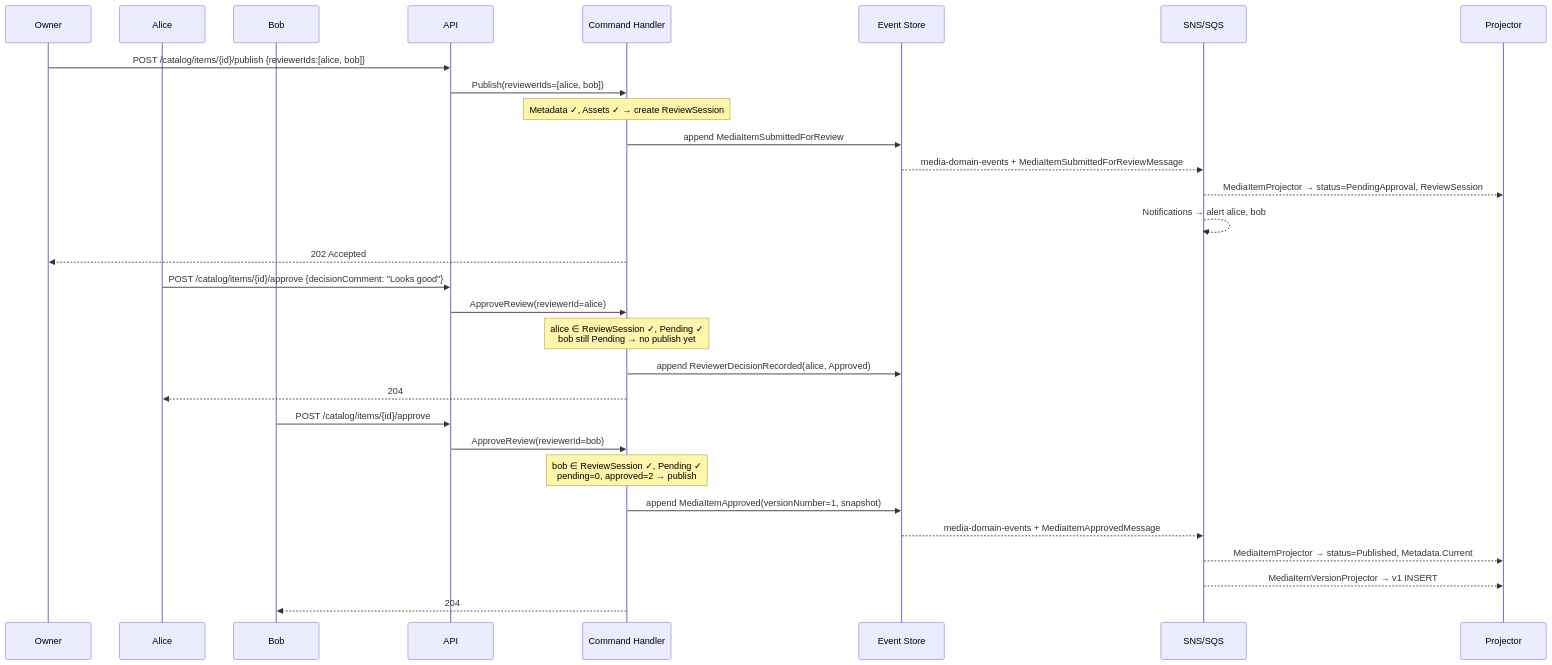
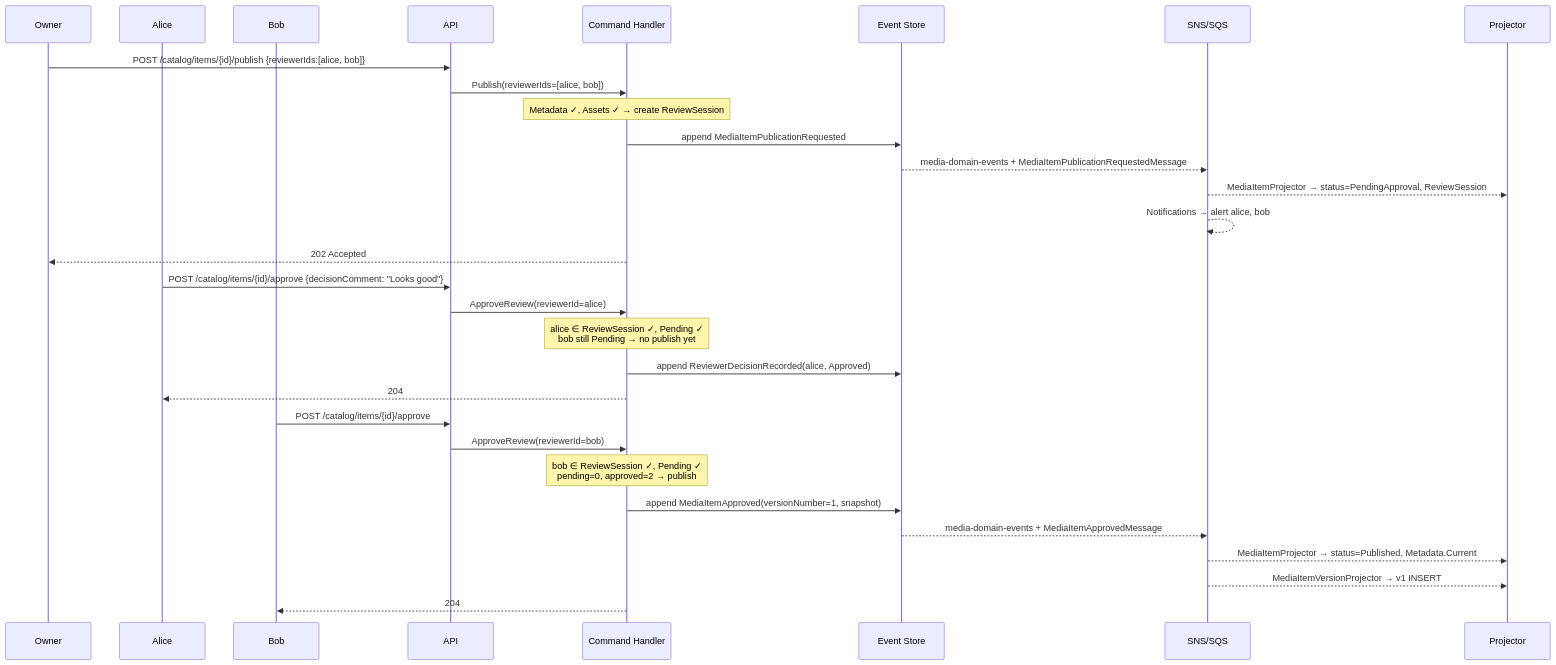
The second of 5 diagrams in projects/magiq-media/spec/contexts/Catalog/aggregates/MediaItem/mediaitem.scenarios.md (cramone/ais-os), drawn with Mermaid before and after one commit. The commit also changed other lines of this file and 40 other files, not shown here.

````diff
--- a/projects/magiq-media/spec/contexts/Catalog/aggregates/MediaItem/mediaitem.scenarios.md
+++ b/projects/magiq-media/spec/contexts/Catalog/aggregates/MediaItem/mediaitem.scenarios.md
@@ -124,35 +124,35 @@
 ```mermaid
 sequenceDiagram
     participant Owner
     participant Alice
     participant Bob
     participant API
     participant CH as Command Handler
     participant ES as Event Store
     participant Bus as SNS/SQS
     participant Proj as Projector
 
     Owner->>API: POST /catalog/items/{id}/publish {reviewerIds:[alice, bob]}
     API->>CH: Publish(reviewerIds=[alice, bob])
     Note over CH: Metadata ✓, Assets ✓ → create ReviewSession
-    CH->>ES: append MediaItemSubmittedForReview
-    ES-->>Bus: media-domain-events + MediaItemSubmittedForReviewMessage
+    CH->>ES: append MediaItemPublicationRequested
+    ES-->>Bus: media-domain-events + MediaItemPublicationRequestedMessage
     Bus-->>Proj: MediaItemProjector → status=PendingApproval, ReviewSession
     Bus-->>Bus: Notifications → alert alice, bob
     CH-->>Owner: 202 Accepted
 
     Alice->>API: POST /catalog/items/{id}/approve {decisionComment: "Looks good"}
     API->>CH: ApproveReview(reviewerId=alice)
     Note over CH: alice ∈ ReviewSession ✓, Pending ✓<br/>bob still Pending → no publish yet
     CH->>ES: append ReviewerDecisionRecorded(alice, Approved)
     CH-->>Alice: 204
 
     Bob->>API: POST /catalog/items/{id}/approve
     API->>CH: ApproveReview(reviewerId=bob)
     Note over CH: bob ∈ ReviewSession ✓, Pending ✓<br/>pending=0, approved=2 → publish
     CH->>ES: append MediaItemApproved(versionNumber=1, snapshot)
     ES-->>Bus: media-domain-events + MediaItemApprovedMessage
     Bus-->>Proj: MediaItemProjector → status=Published, Metadata.Current
     Bus-->>Proj: MediaItemVersionProjector → v1 INSERT
     CH-->>Bob: 204
 ```
````
